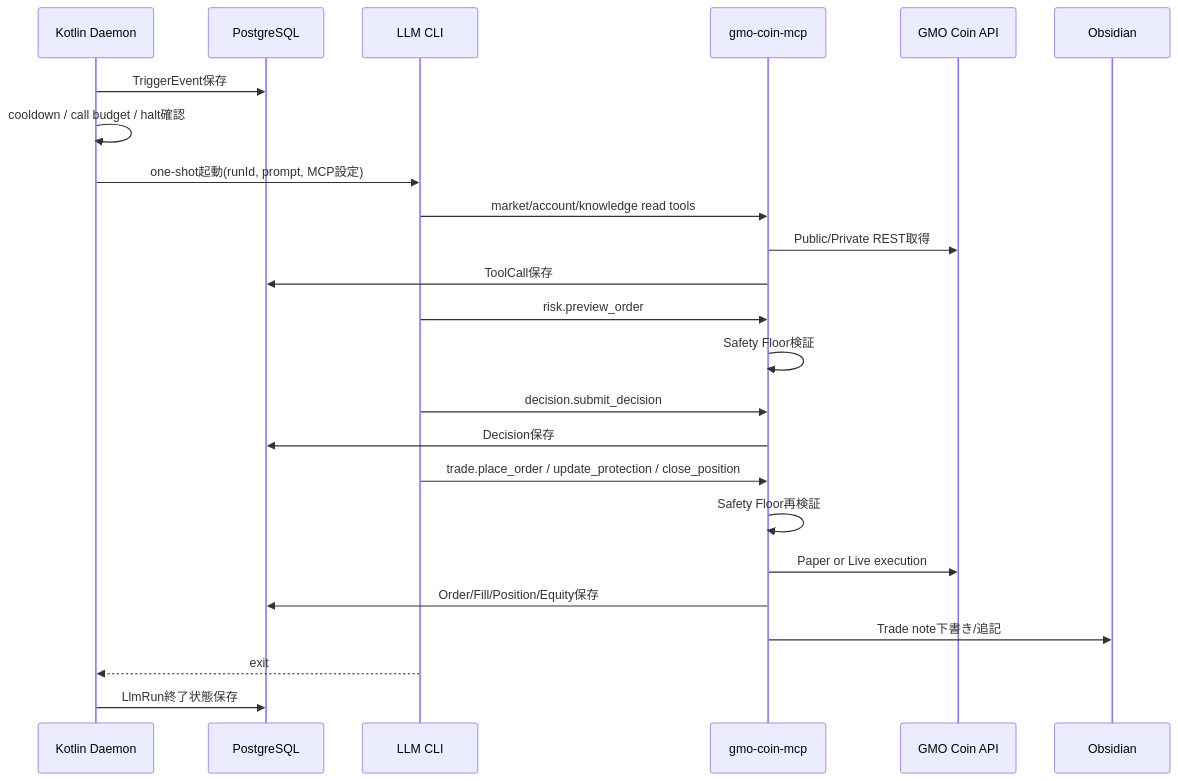
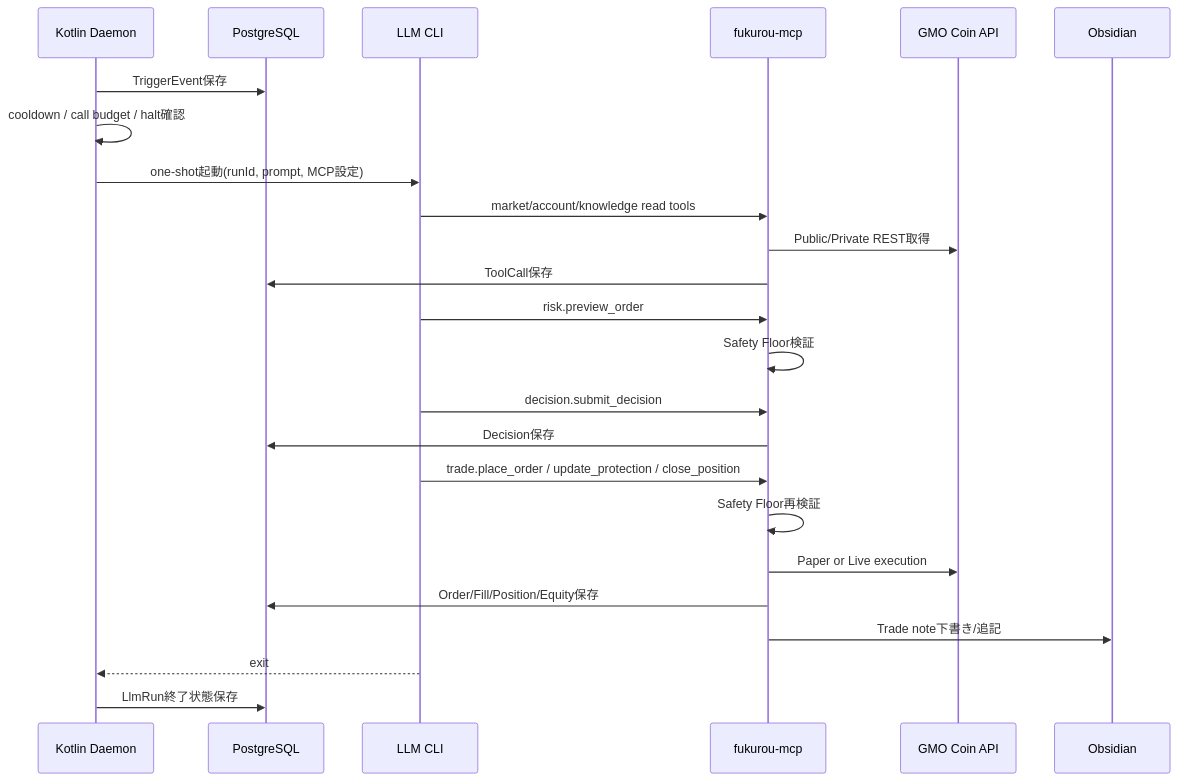
The second of 2 diagrams in docs/design.md (matsumo0922/fukurou), drawn with Mermaid before and after one commit. The commit also changed other lines of this file and 17 other files, not shown here.

Commit message:
feat: split GMO Coin MCP market tools

````diff
--- a/docs/design.md
+++ b/docs/design.md
@@ -148,27 +148,27 @@
 ```mermaid
 sequenceDiagram
     participant D as Kotlin Daemon
     participant DB as PostgreSQL
     participant CLI as LLM CLI
-    participant MCP as gmo-coin-mcp
+    participant MCP as fukurou-mcp
     participant GMO as GMO Coin API
     participant OBS as Obsidian
 
     D->>DB: TriggerEvent保存
     D->>D: cooldown / call budget / halt確認
     D->>CLI: one-shot起動(runId, prompt, MCP設定)
     CLI->>MCP: market/account/knowledge read tools
     MCP->>GMO: Public/Private REST取得
     MCP->>DB: ToolCall保存
     CLI->>MCP: risk.preview_order
     MCP->>MCP: Safety Floor検証
     CLI->>MCP: decision.submit_decision
     MCP->>DB: Decision保存
     CLI->>MCP: trade.place_order / update_protection / close_position
     MCP->>MCP: Safety Floor再検証
     MCP->>GMO: Paper or Live execution
     MCP->>DB: Order/Fill/Position/Equity保存
     MCP->>OBS: Trade note下書き/追記
     CLI-->>D: exit
     D->>DB: LlmRun終了状態保存
 ```
````
